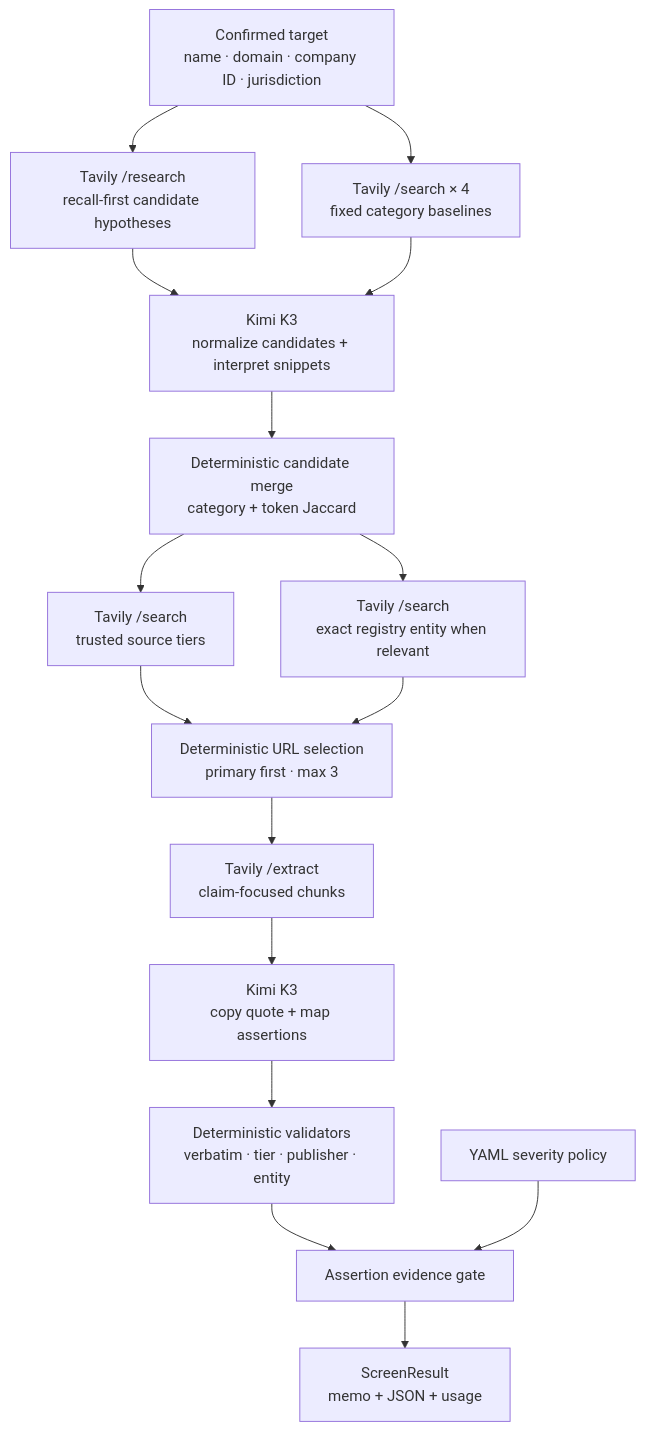
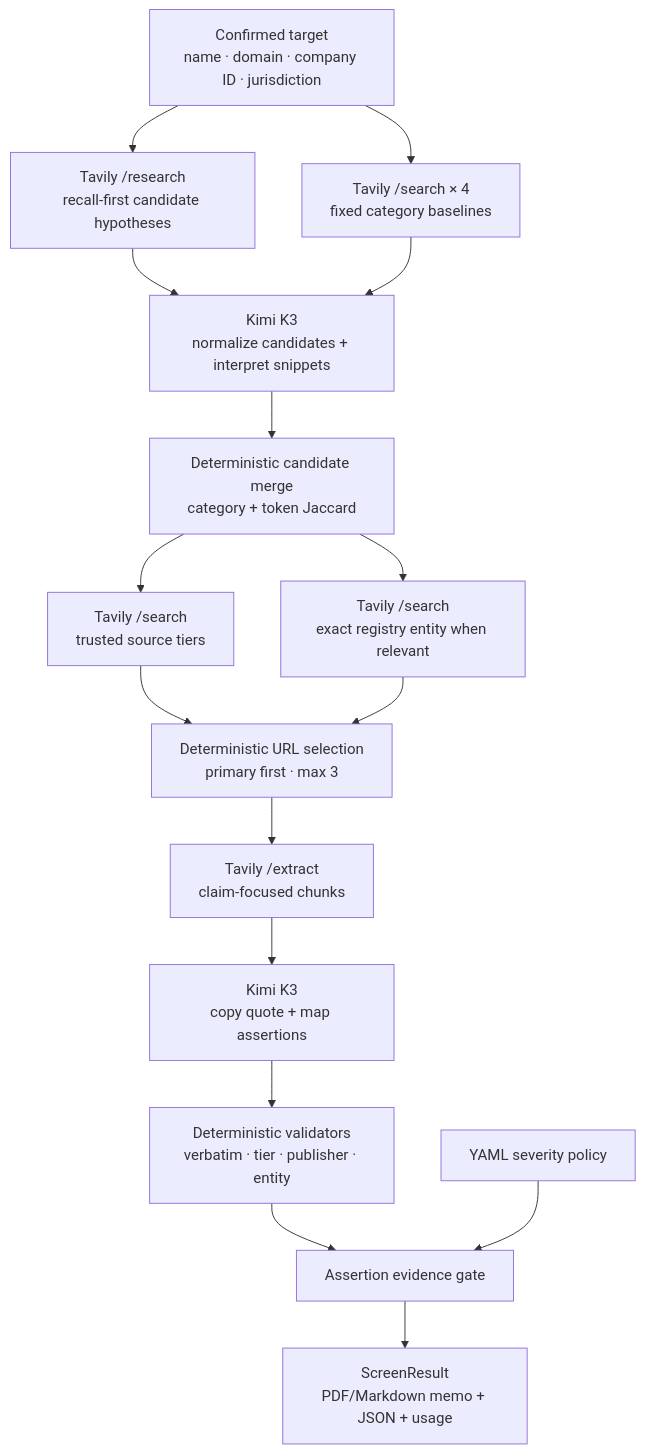
Before and after one commit to 0xtigerclaw/deal_lens: the second of 7 diagrams in docs/ARCHITECTURE.md, drawn with Mermaid. The commit also changed other lines of this file and 7 other files, not shown here.

````diff
--- a/docs/ARCHITECTURE.md
+++ b/docs/ARCHITECTURE.md
@@ -41,27 +41,27 @@
 ```mermaid
 flowchart TD
     I["Confirmed target<br/>name · domain · company ID · jurisdiction"]
     R["Tavily /research<br/>recall-first candidate hypotheses"]
     S0["Tavily /search × 4<br/>fixed category baselines"]
     N["Kimi K3<br/>normalize candidates + interpret snippets"]
     M["Deterministic candidate merge<br/>category + token Jaccard"]
     SV["Tavily /search<br/>trusted source tiers"]
     SR["Tavily /search<br/>exact registry entity when relevant"]
     P["Deterministic URL selection<br/>primary first · max 3"]
     X["Tavily /extract<br/>claim-focused chunks"]
     Q["Kimi K3<br/>copy quote + map assertions"]
     V["Deterministic validators<br/>verbatim · tier · publisher · entity"]
     G["Assertion evidence gate"]
     Y["YAML severity policy"]
-    O["ScreenResult<br/>memo + JSON + usage"]
+    O["ScreenResult<br/>PDF/Markdown memo + JSON + usage"]
 
     I --> R --> N
     I --> S0 --> N
     N --> M
     M --> SV
     M --> SR
     SV --> P
     SR --> P
     P --> X --> Q --> V --> G
     Y --> G --> O
 ```
````
